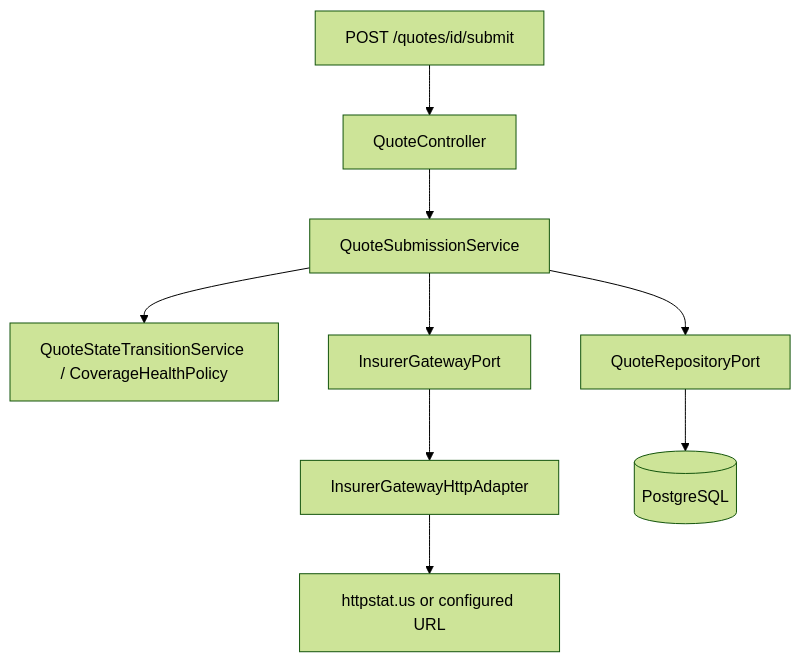
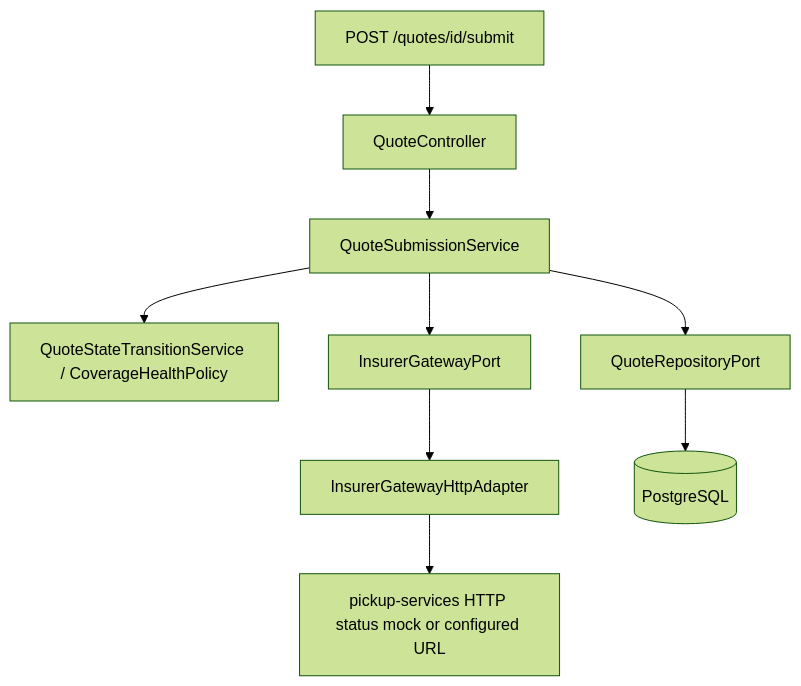
The second of 2 diagrams in ARCHITECTURE.md (aegre/trustbuddy-api), drawn with Mermaid (forest theme) before and after one commit. The commit also changed other lines of this file and 7 other files, not shown here.

First line of the commit message:
Point insurer gateway default at pickup-services HTTP status mock (#29)

````diff
--- a/ARCHITECTURE.md
+++ b/ARCHITECTURE.md
@@ -34,11 +34,11 @@
 ```mermaid
 flowchart TB
     HTTP[POST /quotes/id/submit] --> Controller[QuoteController]
     Controller --> SubmitSvc[QuoteSubmissionService]
     SubmitSvc --> DomainSvc[QuoteStateTransitionService / CoverageHealthPolicy]
     SubmitSvc --> Repo[QuoteRepositoryPort]
     SubmitSvc --> Gateway[InsurerGatewayPort]
     Gateway --> HttpAdapter[InsurerGatewayHttpAdapter]
-    HttpAdapter --> External[httpstat.us or configured URL]
+    HttpAdapter --> External[pickup-services HTTP status mock or configured URL]
     Repo --> DB[(PostgreSQL)]
 ```
````
